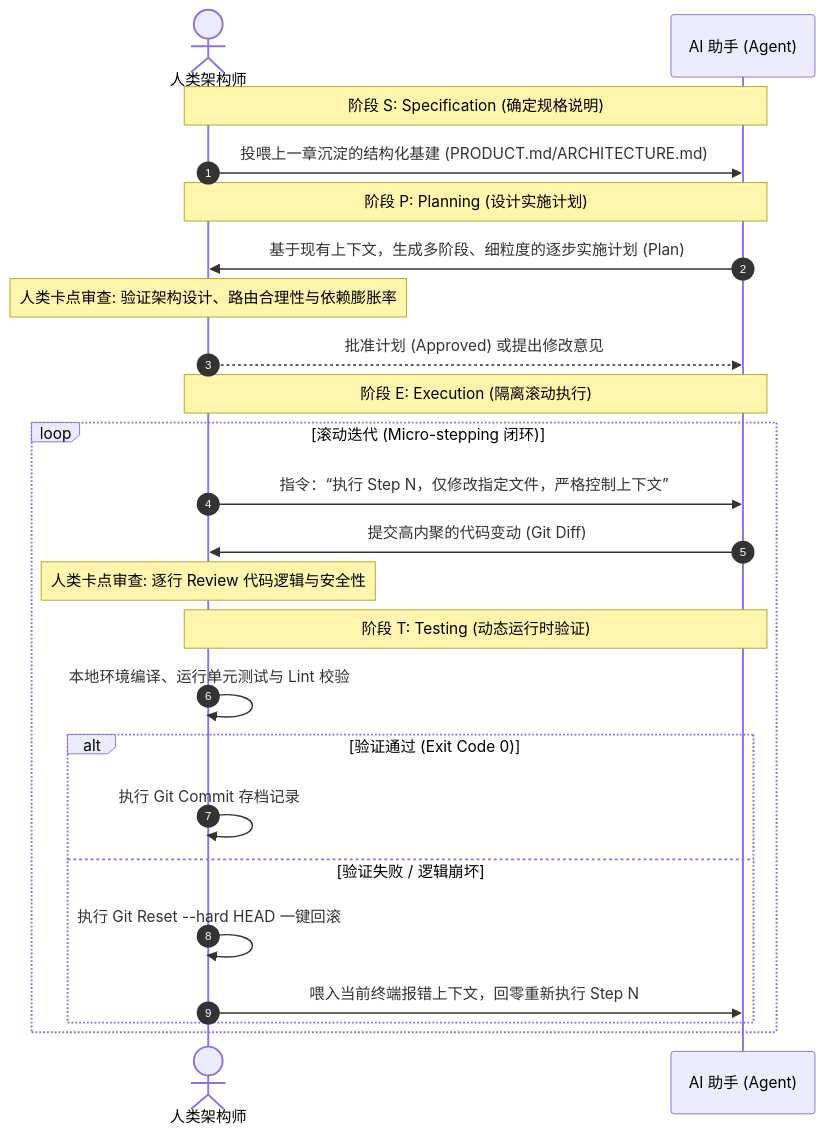
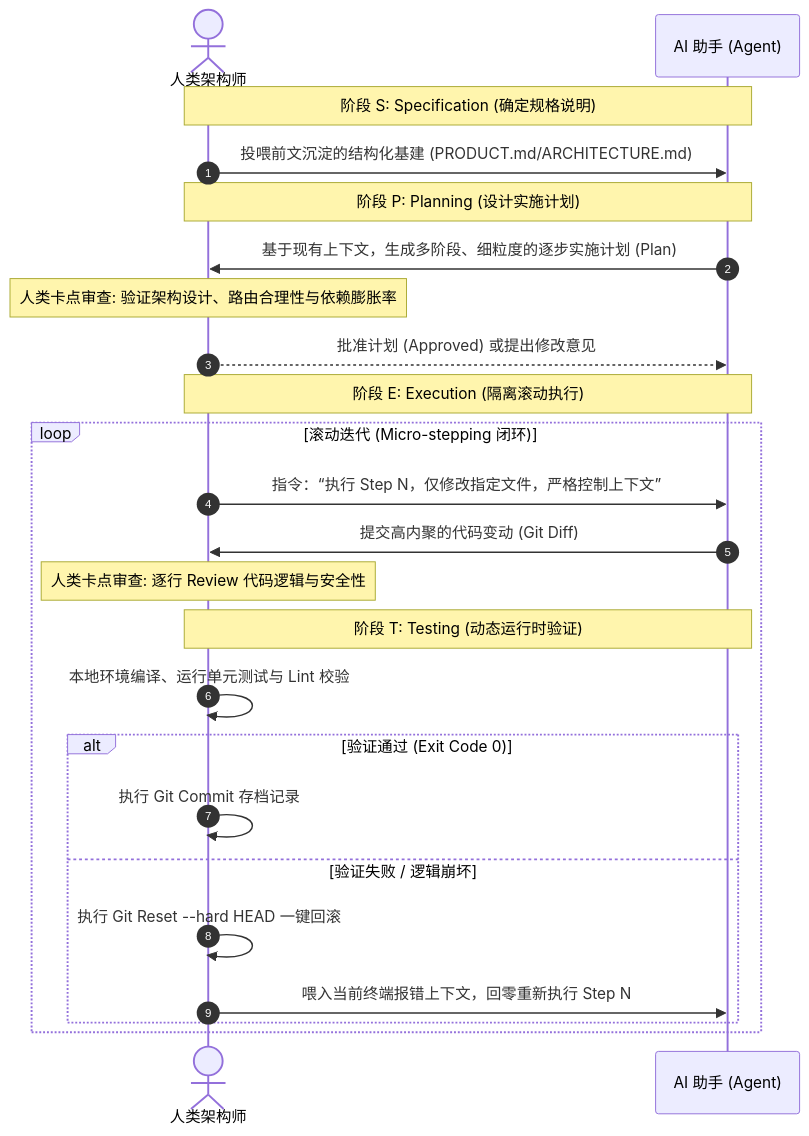
One commit to ruanqizhen/cocode changed the first of 4 diagrams in docs/planning.md. Above: the diagram before and after it, drawn with Mermaid. The commit also changed other lines of this file and 7 other files, not shown here.

````diff
--- a/docs/planning.md
+++ b/docs/planning.md
@@ -21,31 +27,31 @@
 ```mermaid
 sequenceDiagram
     autonumber
     actor Human as 人类架构师
     participant AI as AI 助手 (Agent)
     
     Note over Human, AI: 阶段 S: Specification (确定规格说明)
-    Human->>AI: 投喂上一章沉淀的结构化基建 (PRODUCT.md/ARCHITECTURE.md)
+    Human->>AI: 投喂前文沉淀的结构化基建 (PRODUCT.md/ARCHITECTURE.md)
     
     Note over Human, AI: 阶段 P: Planning (设计实施计划)
     AI->>Human: 基于现有上下文，生成多阶段、细粒度的逐步实施计划 (Plan)
     Note over Human: 人类卡点审查: 验证架构设计、路由合理性与依赖膨胀率
     Human-->>AI: 批准计划 (Approved) 或提出修改意见
     
     Note over Human, AI: 阶段 E: Execution (隔离滚动执行)
     loop 滚动迭代 (Micro-stepping 闭环)
         Human->>AI: 指令：“执行 Step N，仅修改指定文件，严格控制上下文”
         AI->>Human: 提交高内聚的代码变动 (Git Diff)
         Note over Human: 人类卡点审查: 逐行 Review 代码逻辑与安全性
         
         Note over Human, AI: 阶段 T: Testing (动态运行时验证)
         Human->>Human: 本地环境编译、运行单元测试与 Lint 校验
         alt 验证通过 (Exit Code 0)
             Human->>Human: 执行 Git Commit 存档记录
         else 验证失败 / 逻辑崩坏
             Human->>Human: 执行 Git Reset --hard HEAD 一键回滚
             Human->>AI: 喂入当前终端报错上下文，回零重新执行 Step N
         end
     end
 
 ```
````
